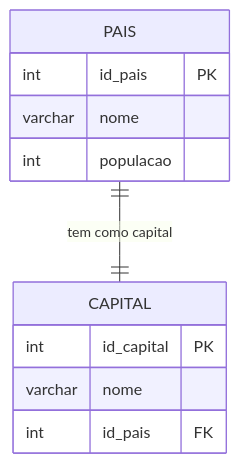
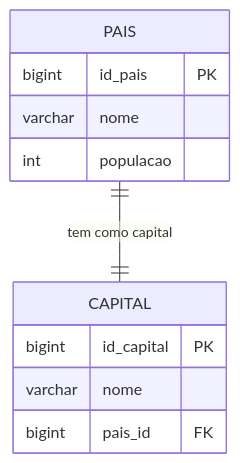
Before and after one commit to DSM-Fatec-Jahu/Banco-de-Dados-Relacional-IBD015: the second of 12 diagrams in aulas/Cardinalidade_MER_Completo.md, drawn with Mermaid. The commit also changed other lines of this file and 13 other files, not shown here.

````diff
--- a/aulas/Cardinalidade_MER_Completo.md
+++ b/aulas/Cardinalidade_MER_Completo.md
@@ -189,16 +189,16 @@
 ```mermaid
 erDiagram
     PAIS {
-        int id_pais PK
+        bigint id_pais PK
         varchar nome
         int populacao
     }
 
     CAPITAL {
-        int id_capital PK
+        bigint id_capital PK
         varchar nome
-        int id_pais FK
+        bigint pais_id FK
     }
 
     PAIS ||--|| CAPITAL : "tem como capital"
 ```
````
